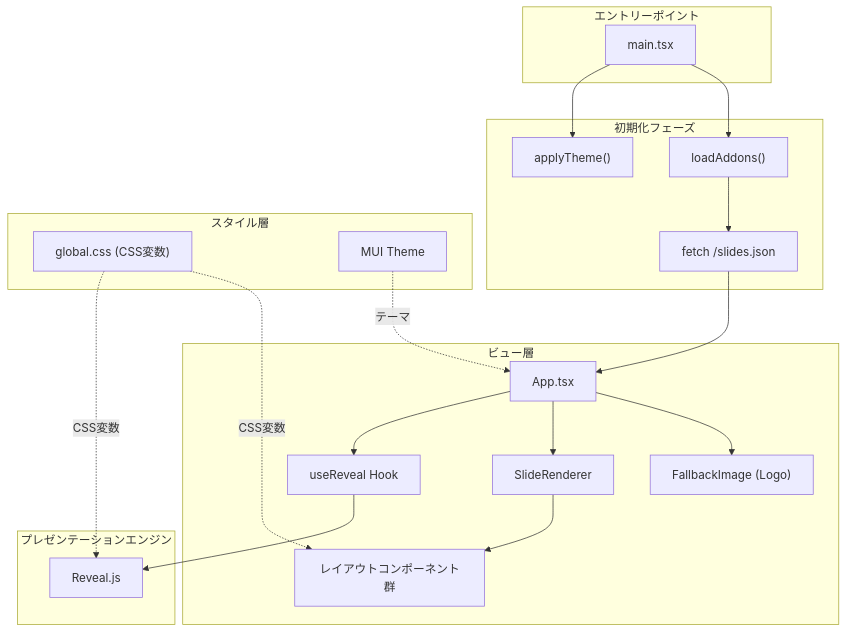
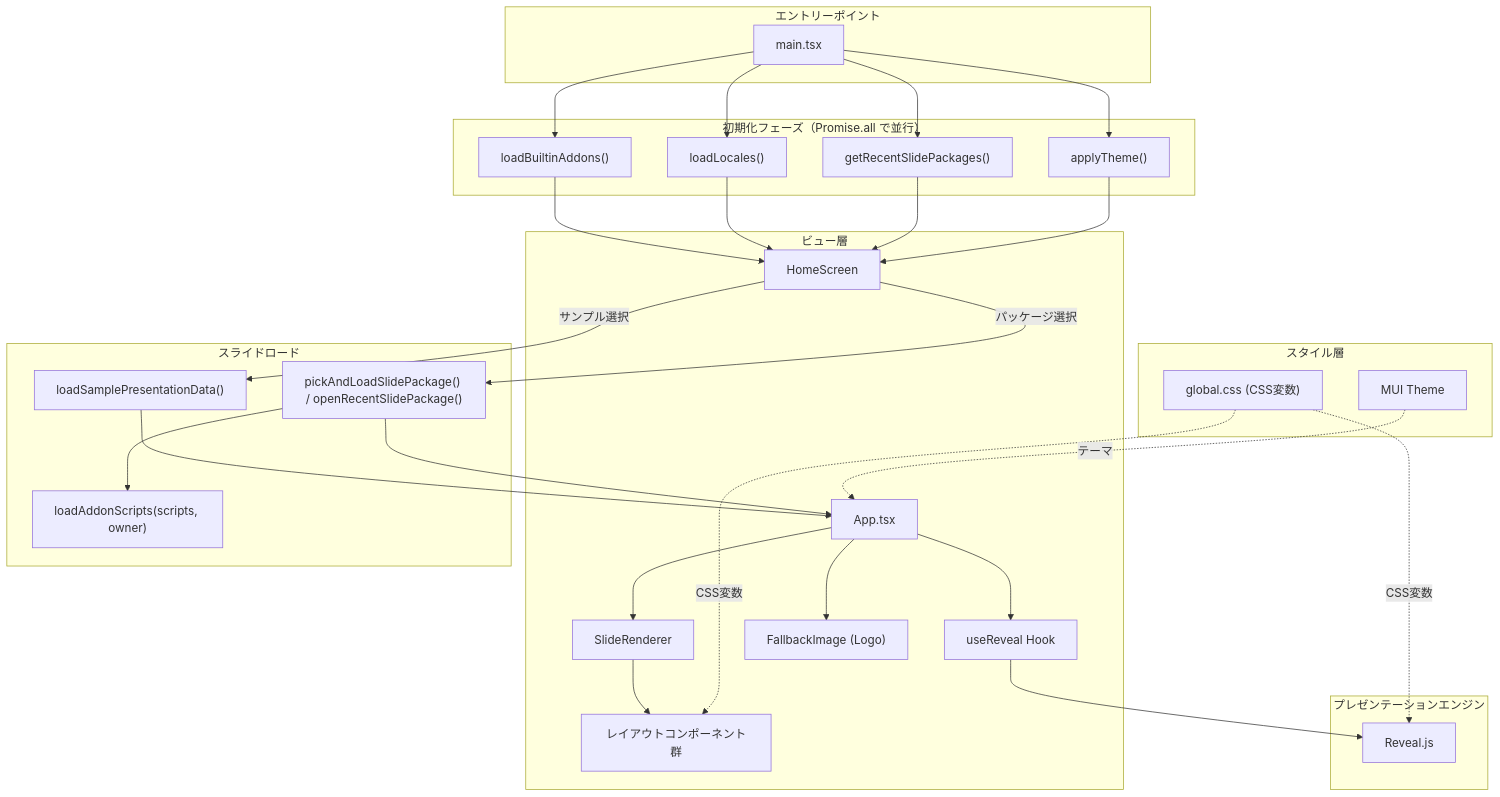
The diagram in .sdd/specification/presentation-foundation_design.md (ToshikiImagawa/slide-presentation-app), drawn with Mermaid before and after one commit. The commit also changed other lines of this file and 31 other files, not shown here.

````diff
--- a/.sdd/specification/presentation-foundation_design.md
+++ b/.sdd/specification/presentation-foundation_design.md
@@ -55,42 +78,59 @@
 ```mermaid
 graph TD
     subgraph "エントリーポイント"
         Main["main.tsx"]
     end
 
-    subgraph "初期化フェーズ"
+    subgraph "初期化フェーズ（Promise.all で並行）"
+        LoadBuiltin["loadBuiltinAddons()"]
+        LoadLocales["loadLocales()"]
+        GetRecent["getRecentSlidePackages()"]
         ApplyTheme["applyTheme()"]
-        LoadAddons["loadAddons()"]
-        FetchSlides["fetch /slides.json"]
     end
 
     subgraph "ビュー層"
+        Home["HomeScreen"]
         App["App.tsx"]
         UseReveal["useReveal Hook"]
         SlideRenderer["SlideRenderer"]
         Layouts["レイアウトコンポーネント群"]
         Logo["FallbackImage (Logo)"]
+    end
+
+    subgraph "スライドロード"
+        LoadSample["loadSamplePresentationData()"]
+        LoadPackage["pickAndLoadSlidePackage() / openRecentSlidePackage()"]
+        LoadAddonScripts["loadAddonScripts(scripts, owner)"]
     end
 
     subgraph "プレゼンテーションエンジン"
         RevealJS["Reveal.js"]
     end
 
     subgraph "スタイル層"
         GlobalCSS["global.css (CSS変数)"]
         MUITheme["MUI Theme"]
     end
 
+    Main --> LoadBuiltin
+    Main --> LoadLocales
+    Main --> GetRecent
     Main --> ApplyTheme
-    Main --> LoadAddons
-    LoadAddons --> FetchSlides
-    FetchSlides --> App
+    LoadBuiltin --> Home
+    LoadLocales --> Home
+    GetRecent --> Home
+    ApplyTheme --> Home
+    Home -->|サンプル選択| LoadSample
+    Home -->|パッケージ選択| LoadPackage
+    LoadPackage --> LoadAddonScripts
+    LoadSample --> App
+    LoadPackage --> App
     App --> UseReveal
     App --> SlideRenderer
     App --> Logo
     SlideRenderer --> Layouts
     UseReveal --> RevealJS
     GlobalCSS -.->|CSS変数| RevealJS
     GlobalCSS -.->|CSS変数| Layouts
     MUITheme -.->|テーマ| App
 ```
````
